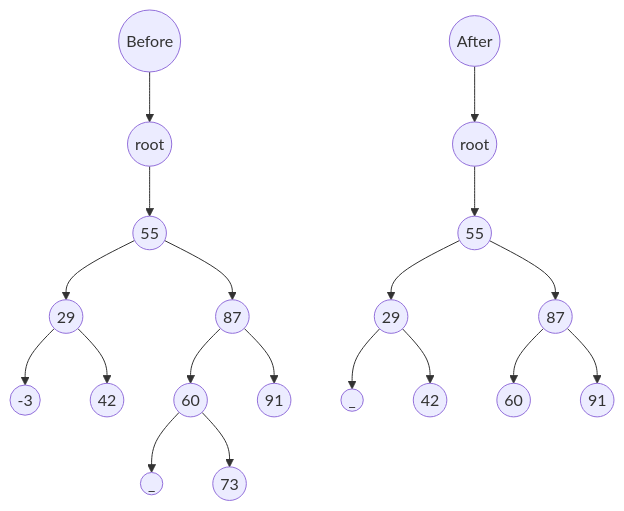
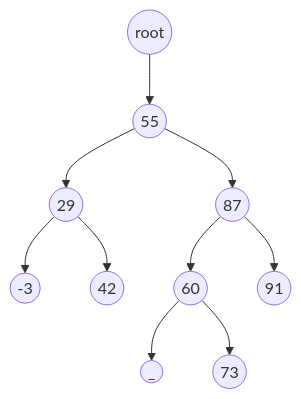
The tenth of 12 diagrams in lecture-notes/w07.md (jayshozie/ceng301), drawn with Mermaid before and after one commit. The commit also changed other lines of this file, not shown here.

Commit message:
nrt, mermaid

````diff
--- a/lecture-notes/w07.md
+++ b/lecture-notes/w07.md
@@ -733,26 +733,16 @@
 ```mermaid
 graph TD
 
-A1((Before)) --> A((root))
+A((root))
 A --> B((55))
 
 B --> C((29))
 C --> E(("-3"))
 C --> F((42))
 
 B --> D((87))
 D --> G((60))
 D --> H((91))
 G --> I((_))
 G --> J((73))
-
-A2((After)) --> B2((root))
-B2 --> C2((55))
-C2 --> D2((29))
-D2 --> Z((_))
-D2 --> E2((42))
-
-C2 --> G2((87))
-G2 --> H2((60))
-G2 --> I2((91))
 ```
````
